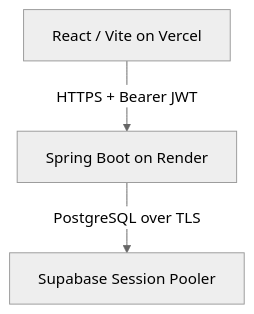
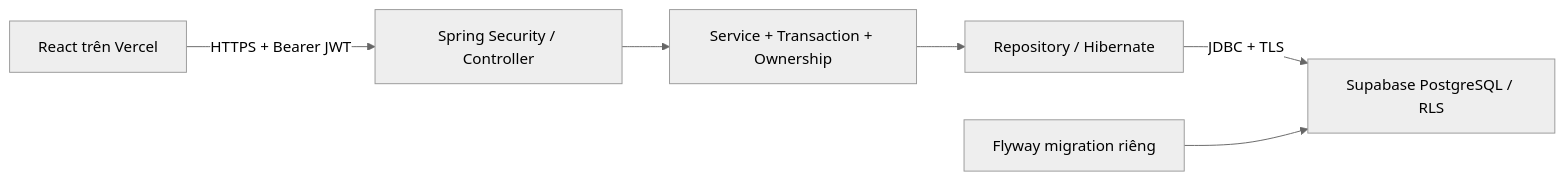
The diagram in README.md (MinhKiet05/Task-Management-System), drawn with Mermaid (neutral theme) before and after one commit. The commit also changed other lines of this file, not shown here.

````diff
--- a/README.md
+++ b/README.md
@@ -7,5 +52,8 @@
 ```mermaid
-flowchart TD
-  A[React / Vite on Vercel] -->|HTTPS + Bearer JWT| B[Spring Boot on Render]
-  B -->|PostgreSQL over TLS| C[Supabase Session Pooler]
+flowchart LR
+    A[React trên Vercel] -->|HTTPS + Bearer JWT| B[Spring Security / Controller]
+    B --> C[Service + Transaction + Ownership]
+    C --> D[Repository / Hibernate]
+    D -->|JDBC + TLS| E[Supabase PostgreSQL / RLS]
+    F[Flyway migration riêng] --> E
 ```
````
